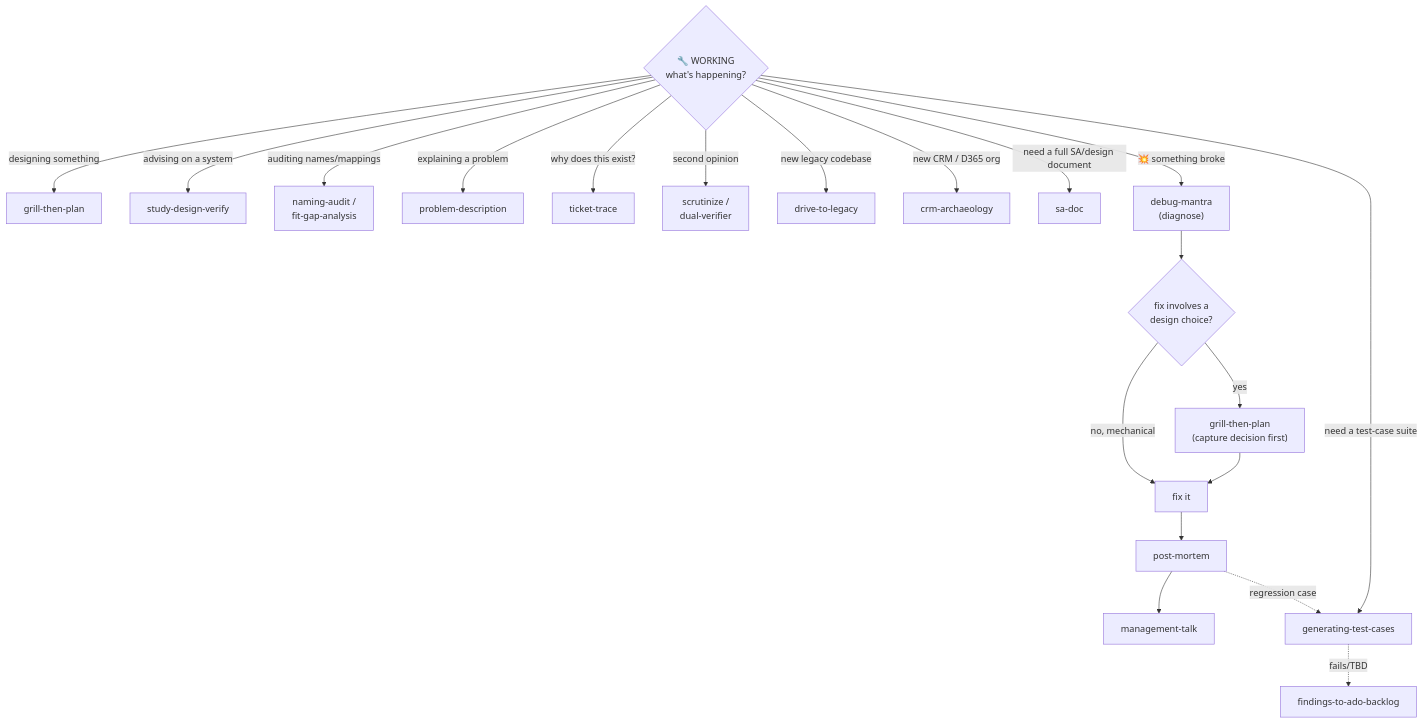
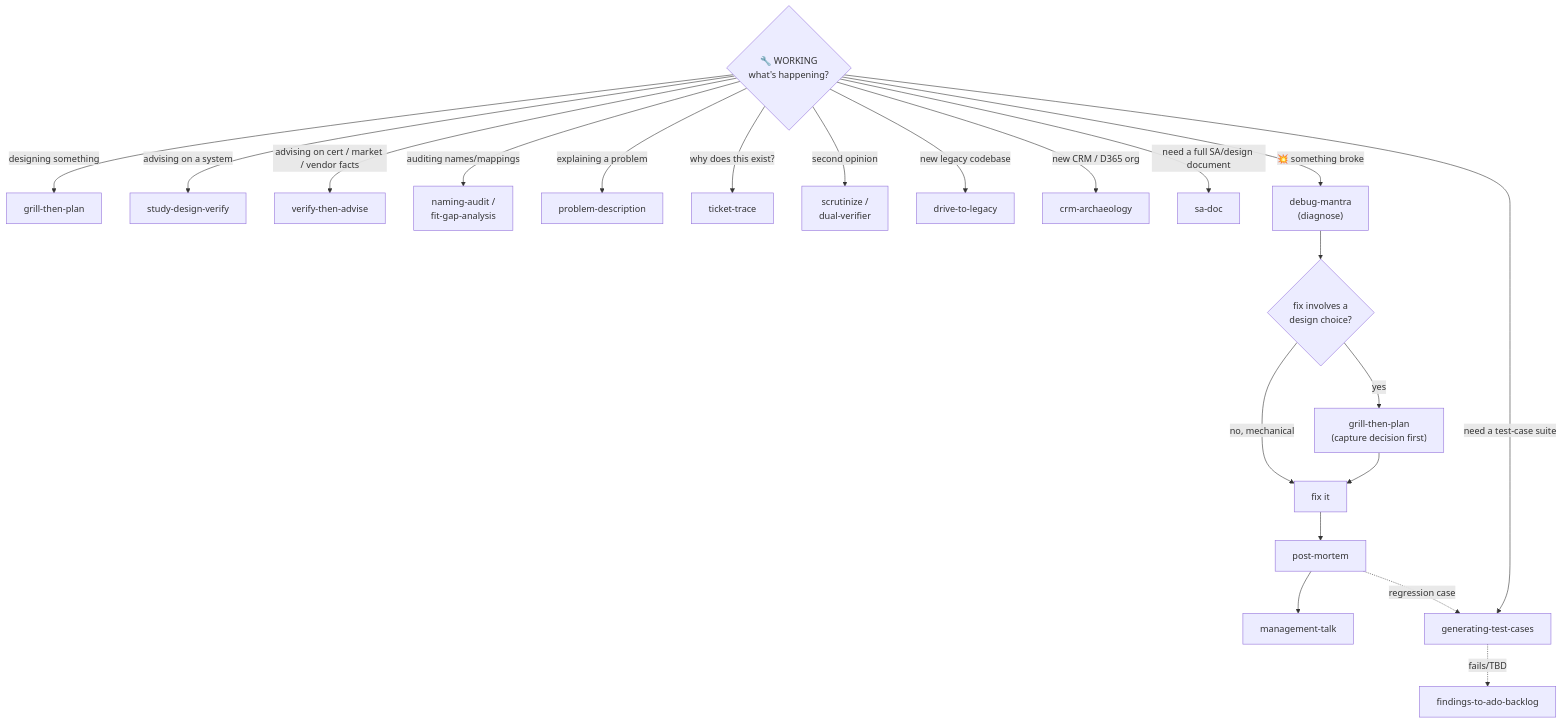
Before and after one commit to ThodsaphonSonthiphin/workflow-daily-work: the second of 2 diagrams in PLAYBOOK.md, drawn with Mermaid. The commit also changed other lines of this file and 6 other files, not shown here.

First line of the commit message:
feat(dev-workflows): add verify-then-advise skill - verify external facts before advising

````diff
--- a/PLAYBOOK.md
+++ b/PLAYBOOK.md
@@ -42,25 +42,26 @@
 ```mermaid
 flowchart TD
     WORK{"🔧 WORKING<br/>what's happening?"}
 
     WORK -- designing something --> GTP["grill-then-plan"]
     WORK -- advising on a system --> SDV["study-design-verify"]
+    WORK -- advising on cert / market / vendor facts --> VTA["verify-then-advise"]
     WORK -- auditing names/mappings --> NA["naming-audit /<br/>fit-gap-analysis"]
     WORK -- explaining a problem --> PD["problem-description"]
     WORK -- why does this exist? --> TT["ticket-trace"]
     WORK -- second opinion --> SC["scrutinize /<br/>dual-verifier"]
     WORK -- new legacy codebase --> DTL["drive-to-legacy"]
     WORK -- new CRM / D365 org --> CA["crm-archaeology"]
     WORK -- need a full SA/design document --> SAD["sa-doc"]
 
     WORK -- 💥 something broke --> DM["debug-mantra<br/>(diagnose)"]
     DM --> Q{"fix involves a<br/>design choice?"}
     Q -- no, mechanical --> FIX["fix it"]
     Q -- yes --> GTP2["grill-then-plan<br/>(capture decision first)"]
     GTP2 --> FIX
     FIX --> PM["post-mortem"]
     PM --> MT["management-talk"]
     WORK -- need a test-case suite --> GTC["generating-test-cases"]
     PM -. regression case .-> GTC
     GTC -. fails/TBD .-> FILEHINT["findings-to-ado-backlog"]
 ```
````
